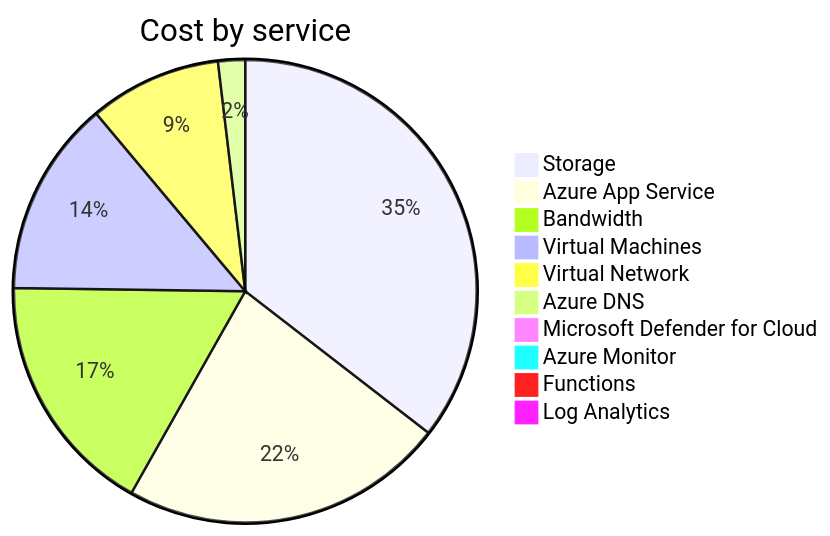
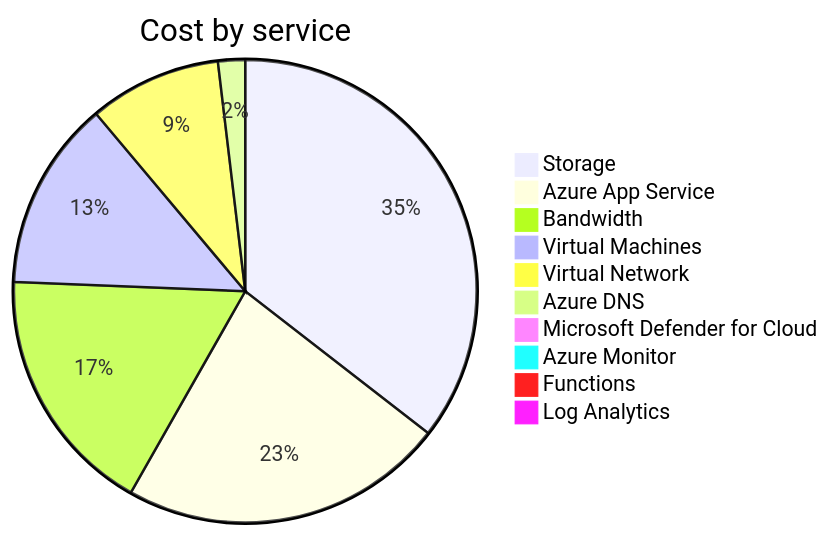
Before and after one commit to jpfulton/azure-personal-reports: the second of 4 diagrams in cost-reports/accumulated-cost.md, drawn with Mermaid. The commit also changed other lines of this file and 4 other files, not shown here.

````diff
--- a/cost-reports/accumulated-cost.md
+++ b/cost-reports/accumulated-cost.md
@@ -100,14 +100,14 @@
 ```mermaid
 pie
    title Cost by service
-   "Storage" : 18.42
-   "Azure App Service" : 11.79
-   "Bandwidth" : 8.85
-   "Virtual Machines" : 7.10
-   "Virtual Network" : 4.79
-   "Azure DNS" : 0.98
-   "Microsoft Defender for Cloud" : 0.48
+   "Storage" : 19.34
+   "Azure App Service" : 12.38
+   "Bandwidth" : 9.49
+   "Virtual Machines" : 7.21
+   "Virtual Network" : 5.03
+   "Azure DNS" : 1.03
+   "Microsoft Defender for Cloud" : 0.50
    "Azure Monitor" : 0.00
    "Functions" : 0.00
    "Log Analytics" : 0.00
 ```
````
